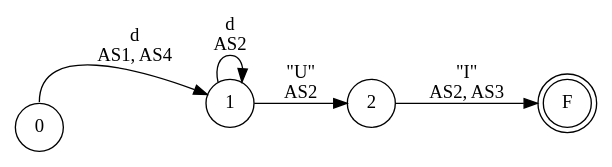
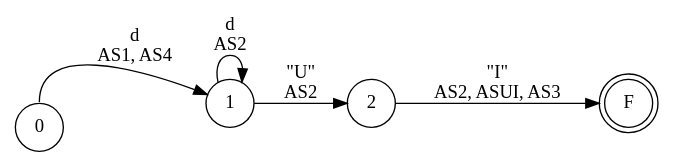
The diagram in resources/FA/FADiagrams/uint.dot (iroumec/RouVel-Compiler), drawn with Graphviz before and after one commit. The commit also changed 7 other files, not shown here.

```diff
--- a/resources/FA/FADiagrams/uint.dot
+++ b/resources/FA/FADiagrams/uint.dot
@@ -1,10 +1,10 @@
 digraph DFA {
     rankdir = LR;
     node [shape = circle;];
     F [shape = doublecircle;];
     
     0 -> 1 [label = "d \n AS1, AS4"; tailport = n;];
     1 -> 1 [label = "d \n AS2";];
     1 -> 2 [label = "\"U\" \n AS2";];
-    2 -> F [label = "\"I\" \n AS2, AS3";];
+    2 -> F [label = "\"I\" \n AS2, ASUI, AS3";];
 }
```
